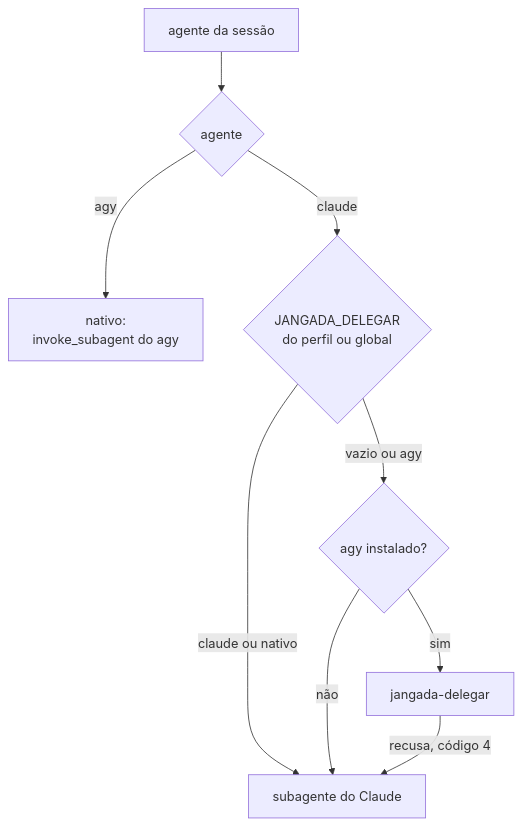
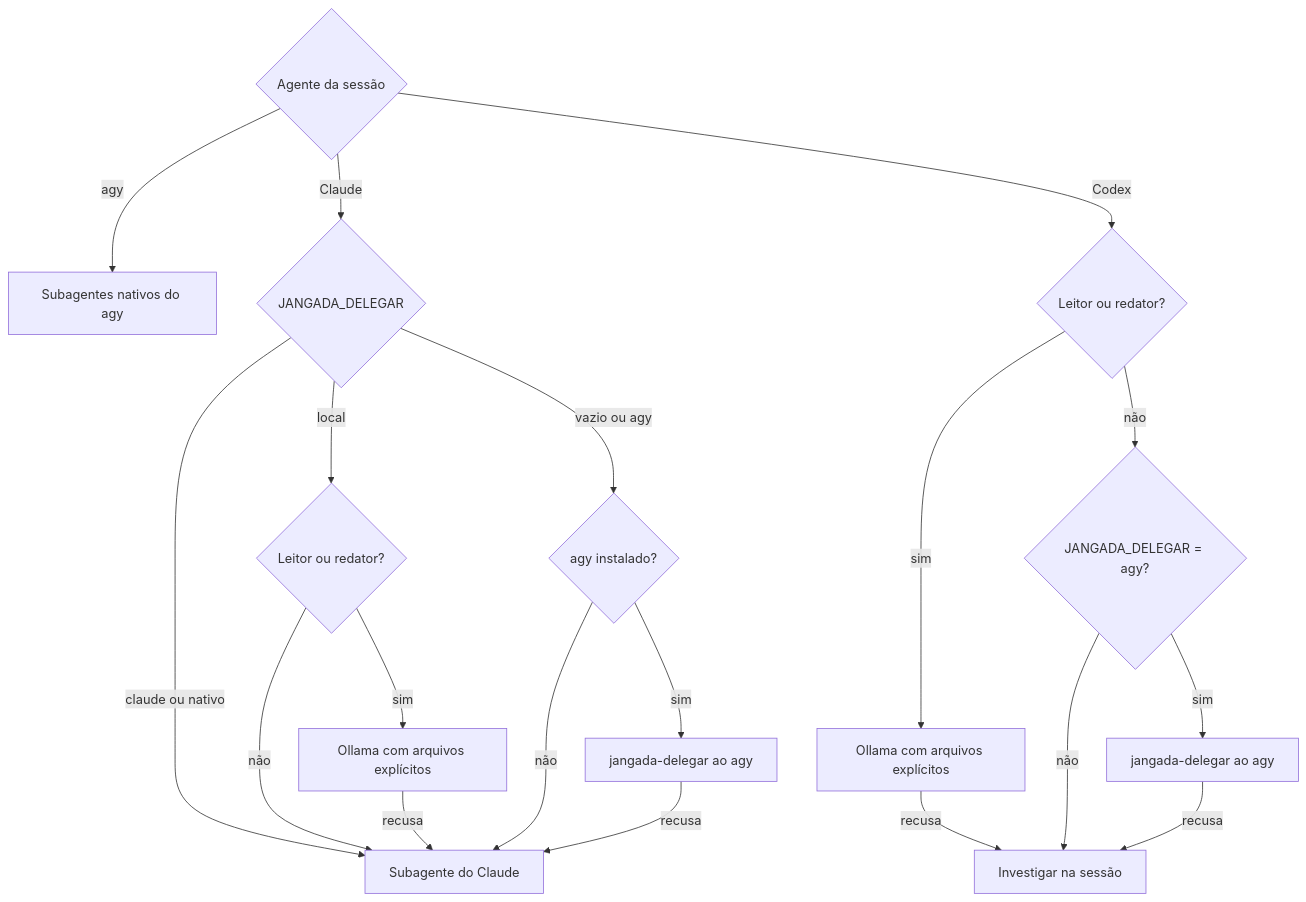
The second of 4 diagrams in docs/subagentes-e-delegacao.md (felipintoslv/jangada), drawn with Mermaid before and after one commit. The commit also changed other lines of this file and 5 other files, not shown here.

````diff
--- a/docs/subagentes-e-delegacao.md
+++ b/docs/subagentes-e-delegacao.md
@@ -63,11 +63,21 @@
 ```mermaid
 flowchart TD
-    A[agente da sessão] --> B{agente}
-    B -- agy --> N[nativo:<br>invoke_subagent do agy]
-    B -- claude --> C{JANGADA_DELEGAR<br>do perfil ou global}
-    C -- claude ou nativo --> CL[subagente do Claude]
-    C -- vazio ou agy --> D{agy instalado?}
-    D -- não --> CL
-    D -- sim --> AG[jangada-delegar]
-    AG -- recusa, código 4 --> CL
+    A{Agente da sessão} -- agy --> N[Subagentes nativos do agy]
+    A -- Claude --> C{JANGADA_DELEGAR}
+    C -- claude ou nativo --> CL[Subagente do Claude]
+    C -- local --> L{Leitor ou redator?}
+    L -- sim --> OL[Ollama com arquivos explícitos]
+    L -- não --> CL
+    OL -- recusa --> CL
+    C -- vazio ou agy --> G{agy instalado?}
+    G -- não --> CL
+    G -- sim --> AG[jangada-delegar ao agy]
+    AG -- recusa --> CL
+    A -- Codex --> X{Leitor ou redator?}
+    X -- sim --> XL[Ollama com arquivos explícitos]
+    XL -- recusa --> S[Investigar na sessão]
+    X -- não --> D{JANGADA_DELEGAR = agy?}
+    D -- não --> S
+    D -- sim --> XA[jangada-delegar ao agy]
+    XA -- recusa --> S
 ```
````
